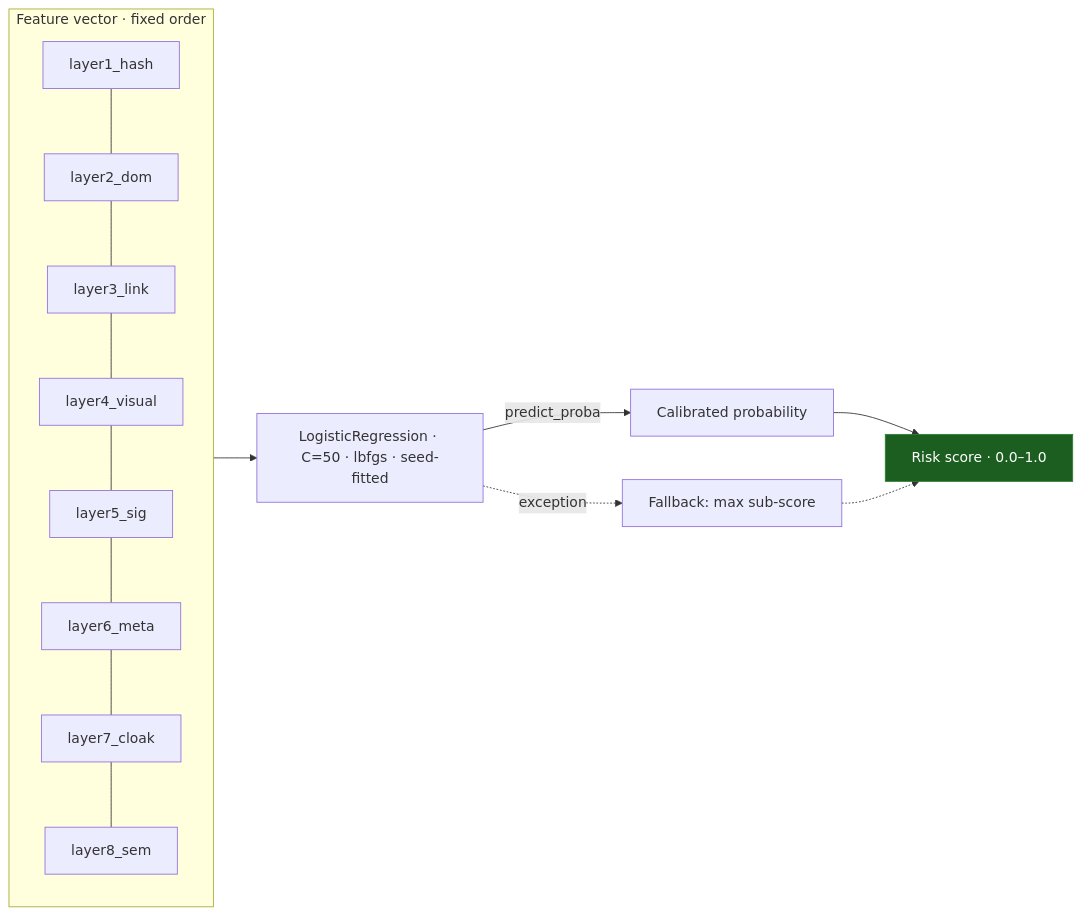
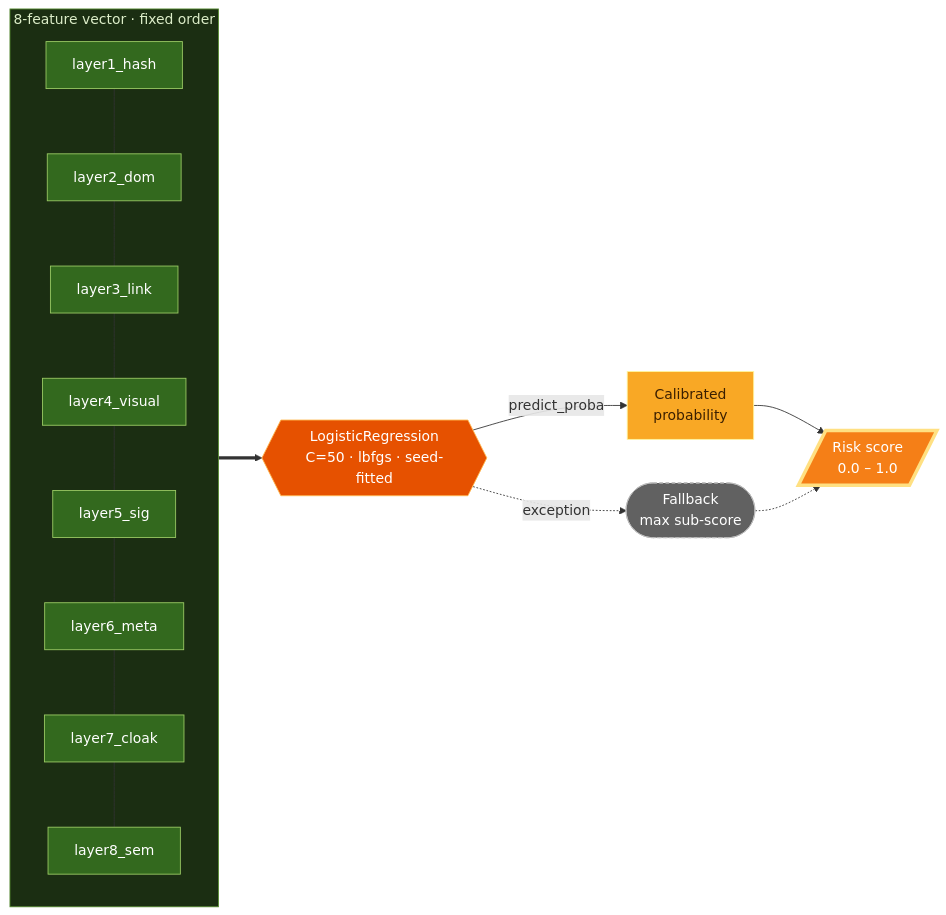
The diagram in docs/layers/9-risk-fusion.mdx (Ns81000/WARDRESS), drawn with Mermaid before and after one commit. The commit also changed 10 other files, not shown here.

Commit message:
docs: add comprehensive documentation for the Wardress detection layers and system architecture.

````diff
--- a/docs/layers/9-risk-fusion.mdx
+++ b/docs/layers/9-risk-fusion.mdx
@@ -15,21 +15,25 @@
 ```mermaid
 flowchart LR
-    subgraph V[Feature vector · fixed order]
+    subgraph V["8-feature vector · fixed order"]
       direction TB
-      L1[layer1_hash] --- L2[layer2_dom]
-      L2 --- L3[layer3_link]
-      L3 --- L4[layer4_visual]
-      L4 --- L5[layer5_sig]
-      L5 --- L6[layer6_meta]
-      L6 --- L7[layer7_cloak]
-      L7 --- L8[layer8_sem]
+      L1["layer1_hash"]:::feat --- L2["layer2_dom"]:::feat
+      L2 --- L3["layer3_link"]:::feat
+      L3 --- L4["layer4_visual"]:::feat
+      L4 --- L5["layer5_sig"]:::feat
+      L5 --- L6["layer6_meta"]:::feat
+      L6 --- L7["layer7_cloak"]:::feat
+      L7 --- L8["layer8_sem"]:::feat
     end
-    V --> MODEL["LogisticRegression · C=50 · lbfgs · seed-fitted"]
-    MODEL -->|predict_proba| PROB[Calibrated probability]
-    PROB --> OUT[Risk score · 0.0–1.0]
-    MODEL -.->|exception| MAX["Fallback: max sub-score"]
+    V ==> MODEL{{"LogisticRegression<br/>C=50 · lbfgs · seed-fitted"}}:::model
+    MODEL -->|"predict_proba"| PROB["Calibrated<br/>probability"]:::node
+    PROB --> OUT[/"Risk score<br/>0.0 – 1.0"/]:::out
+    MODEL -.->|"exception"| MAX(["Fallback<br/>max sub-score"]):::fallback
     MAX -.-> OUT
 
-    classDef out fill:#1b5e20,stroke:#2e7d32,color:#fff;
-    class OUT out;
+    classDef feat fill:#33691e,stroke:#9ccc65,color:#fff;
+    classDef model fill:#e65100,stroke:#ffb74d,color:#fff;
+    classDef node fill:#f9a825,stroke:#fff59d,color:#3b1f00;
+    classDef fallback fill:#616161,stroke:#bdbdbd,color:#fff,stroke-dasharray:4 3;
+    classDef out fill:#f57f17,stroke:#ffe082,color:#fff,stroke-width:4px;
+    style V fill:#1b2e12,stroke:#558b2f,color:#dcedc8;
 ```
````
